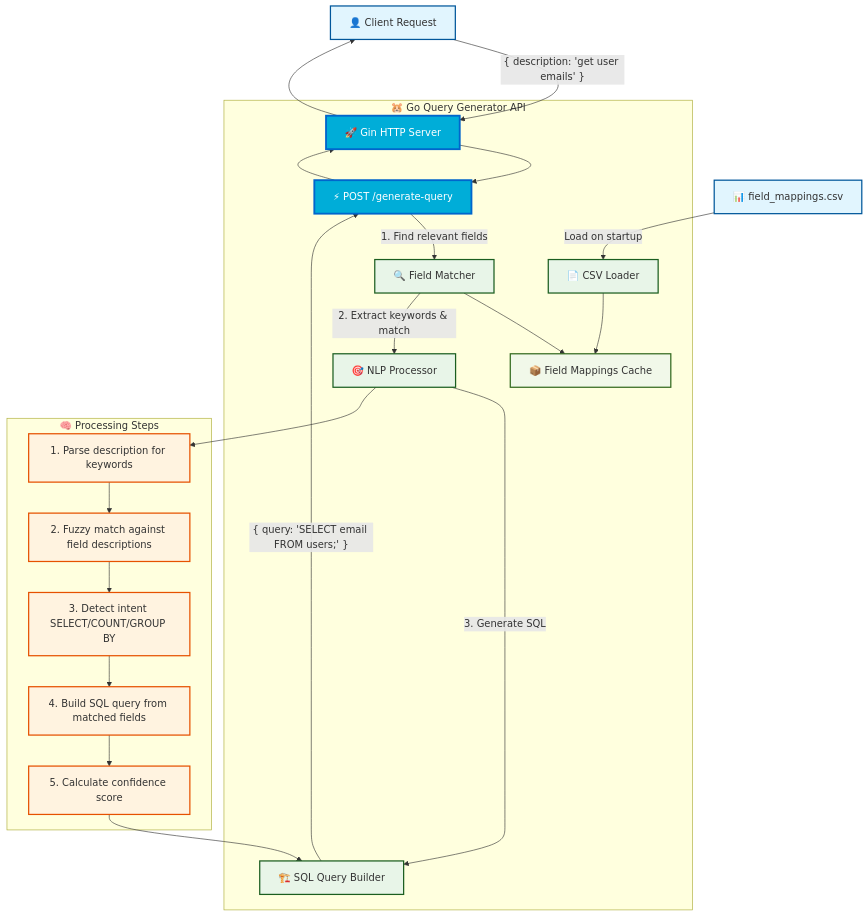
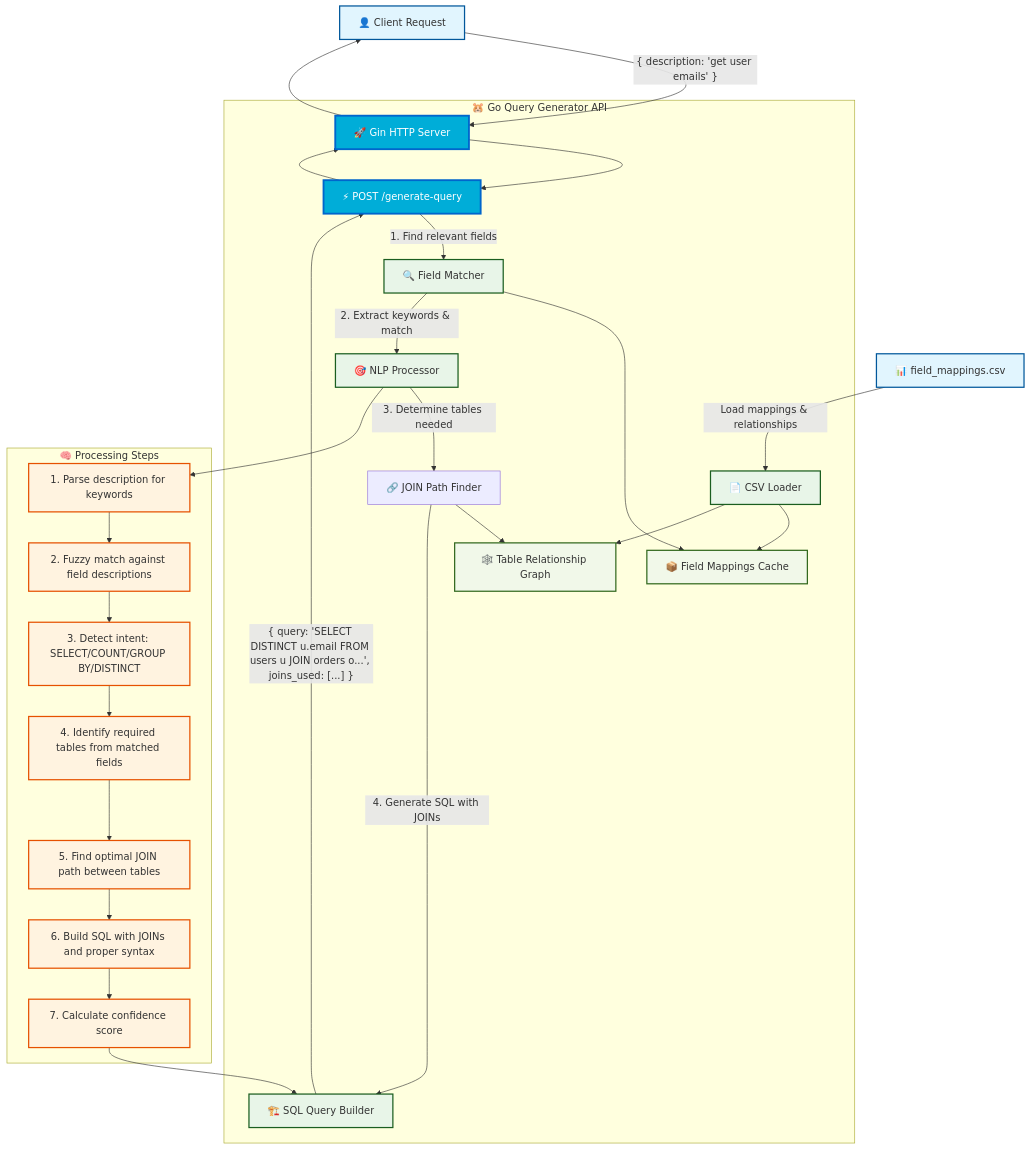
Before and after one commit to blueboxgarage/go_query_api: the diagram in system_design_mermaid.mermaid, drawn with Mermaid.

```diff
--- a/system_design_mermaid.mermaid
+++ b/system_design_mermaid.mermaid
@@ -1,68 +1,77 @@
 graph TB
     %% External Input/Output
     Client[👤 Client Request]
     CSV[📊 field_mappings.csv]
     
     %% Core Go Application Flow
     subgraph "🐹 Go Query Generator API"
         %% HTTP Layer
         GinServer[🚀 Gin HTTP Server]
         QueryHandler[⚡ POST /generate-query]
         
         %% Core Processing
         CSVLoader[📄 CSV Loader]
         FieldMatcher[🔍 Field Matcher]
         NLPProcessor[🎯 NLP Processor]
+        JoinPathFinder[🔗 JOIN Path Finder]
         QueryBuilder[🏗️ SQL Query Builder]
         
         %% Data Storage
         FieldMappings[📦 Field Mappings Cache]
+        RelationshipGraph[🕸️ Table Relationship Graph]
     end
     
     %% Request Flow
     Client -->|"{ description: 'get user emails' }"| GinServer
     GinServer --> QueryHandler
     
     %% Initialization Flow
-    CSV -->|Load on startup| CSVLoader
+    CSV -->|Load mappings & relationships| CSVLoader
     CSVLoader --> FieldMappings
+    CSVLoader --> RelationshipGraph
     
     %% Processing Pipeline
     QueryHandler -->|1. Find relevant fields| FieldMatcher
     FieldMatcher --> FieldMappings
     FieldMatcher -->|2. Extract keywords & match| NLPProcessor
-    NLPProcessor -->|3. Generate SQL| QueryBuilder
+    NLPProcessor -->|3. Determine tables needed| JoinPathFinder
+    JoinPathFinder --> RelationshipGraph
+    JoinPathFinder -->|4. Generate SQL with JOINs| QueryBuilder
     
     %% Response Flow
-    QueryBuilder -->|"{ query: 'SELECT email FROM users;' }"| QueryHandler
+    QueryBuilder -->|"{ query: 'SELECT DISTINCT u.email FROM users u JOIN orders o...', joins_used: [...] }"| QueryHandler
     QueryHandler --> GinServer
     GinServer --> Client
     
     %% Core Processing Details
     subgraph "🧠 Processing Steps"
         Step1[1. Parse description for keywords]
         Step2[2. Fuzzy match against field descriptions]
-        Step3[3. Detect intent SELECT/COUNT/GROUP BY]
-        Step4[4. Build SQL query from matched fields]
-        Step5[5. Calculate confidence score]
+        Step3[3. Detect intent: SELECT/COUNT/GROUP BY/DISTINCT]
+        Step4[4. Identify required tables from matched fields]
+        Step5[5. Find optimal JOIN path between tables]
+        Step6[6. Build SQL with JOINs and proper syntax]
+        Step7[7. Calculate confidence score]
     end
     
     NLPProcessor --> Step1
     Step1 --> Step2
     Step2 --> Step3
     Step3 --> Step4
     Step4 --> Step5
-    Step5 --> QueryBuilder
+    Step5 --> Step6
+    Step6 --> Step7
+    Step7 --> QueryBuilder
     
     %% Styling
     classDef external fill:#e1f5fe,stroke:#01579b,stroke-width:2px
     classDef goapp fill:#00add8,stroke:#0066cc,stroke-width:3px,color:#fff
     classDef core fill:#e8f5e8,stroke:#1b5e20,stroke-width:2px
     classDef processing fill:#fff3e0,stroke:#e65100,stroke-width:2px
     classDef data fill:#f1f8e9,stroke:#33691e,stroke-width:2px
     
     class Client,CSV external
     class GinServer,QueryHandler goapp
     class CSVLoader,FieldMatcher,NLPProcessor,QueryBuilder core
-    class Step1,Step2,Step3,Step4,Step5 processing
-    class FieldMappings data
+    class Step1,Step2,Step3,Step4,Step5,Step6,Step7 processing
+    class FieldMappings,RelationshipGraph data
```
